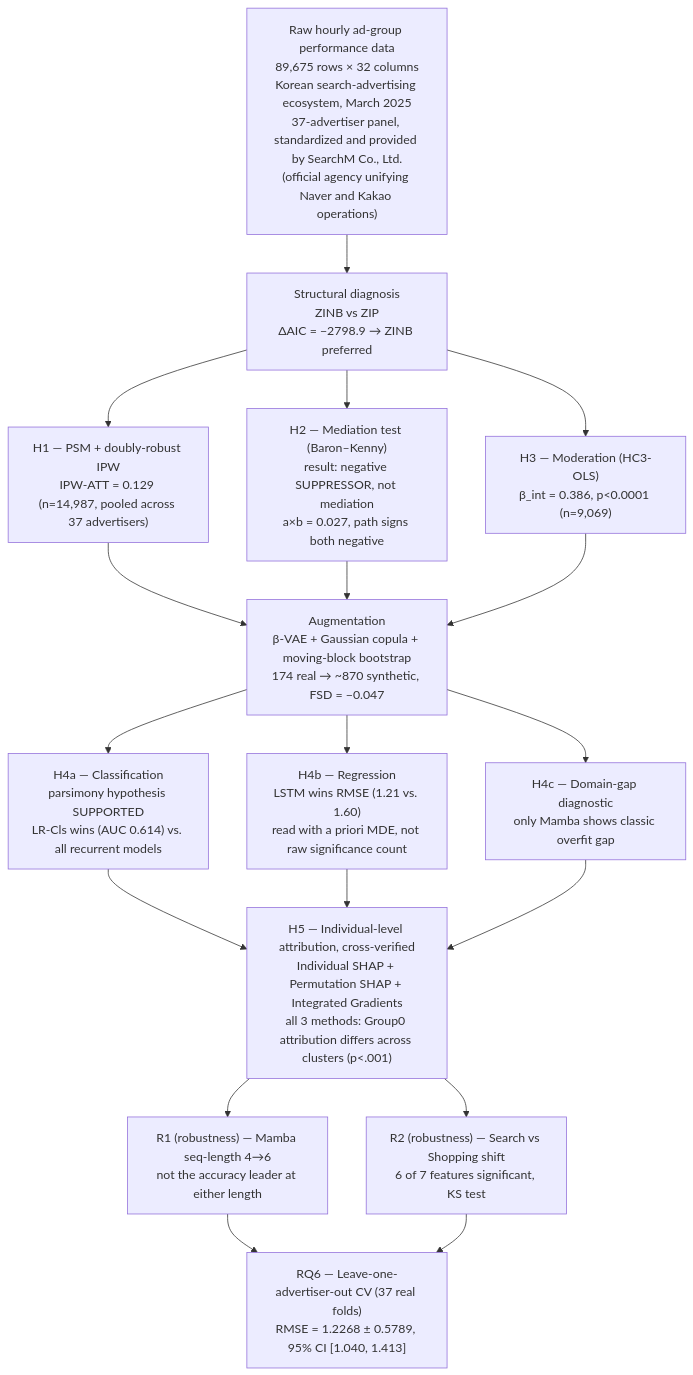
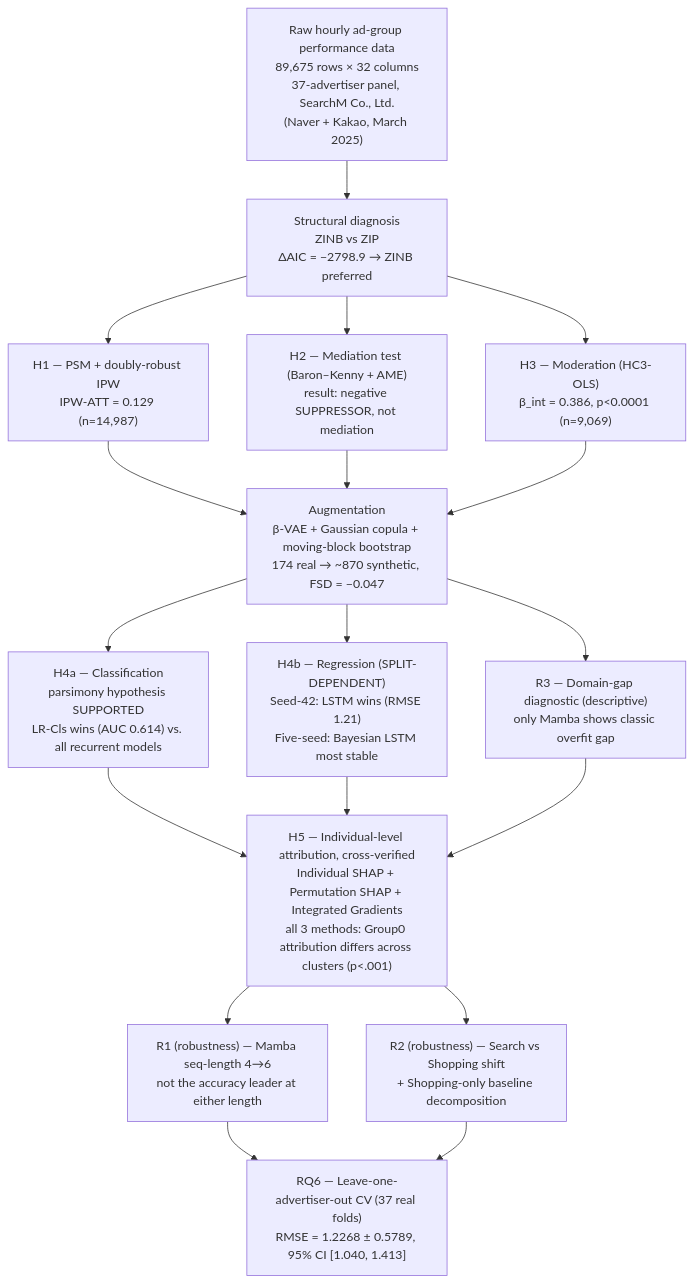
One commit to LEEYJ1021/sadaf changed the diagram in README.md. Above: the diagram before and after it, drawn with Mermaid. The commit also changed other lines of this file, not shown here.

````diff
--- a/README.md
+++ b/README.md
@@ -130,20 +227,20 @@
 ```mermaid
 flowchart TD
-    A["Raw hourly ad-group performance data\n89,675 rows × 32 columns\nKorean search-advertising ecosystem, March 2025\n37-advertiser panel, standardized and provided by SearchM Co., Ltd.\n(official agency unifying Naver and Kakao operations)"] --> B["Structural diagnosis\nZINB vs ZIP\nΔAIC = −2798.9 → ZINB preferred"]
-    B --> C1["H1 — PSM + doubly-robust IPW\nIPW-ATT = 0.129 (n=14,987, pooled across 37 advertisers)"]
-    B --> C2["H2 — Mediation test (Baron–Kenny)\nresult: negative SUPPRESSOR, not mediation\na×b = 0.027, path signs both negative"]
+    A["Raw hourly ad-group performance data\n89,675 rows × 32 columns\n37-advertiser panel, SearchM Co., Ltd.\n(Naver + Kakao, March 2025)"] --> B["Structural diagnosis\nZINB vs ZIP\nΔAIC = −2798.9 → ZINB preferred"]
+    B --> C1["H1 — PSM + doubly-robust IPW\nIPW-ATT = 0.129 (n=14,987)"]
+    B --> C2["H2 — Mediation test (Baron–Kenny + AME)\nresult: negative SUPPRESSOR, not mediation"]
     B --> C3["H3 — Moderation (HC3-OLS)\nβ_int = 0.386, p<0.0001 (n=9,069)"]
     C1 --> D["Augmentation\nβ-VAE + Gaussian copula + moving-block bootstrap\n174 real → ~870 synthetic, FSD = −0.047"]
     C2 --> D
     C3 --> D
     D --> E1["H4a — Classification\nparsimony hypothesis SUPPORTED\nLR-Cls wins (AUC 0.614) vs. all recurrent models"]
-    D --> E2["H4b — Regression\nLSTM wins RMSE (1.21 vs. 1.60)\nread with a priori MDE, not raw significance count"]
-    D --> E3["H4c — Domain-gap diagnostic\nonly Mamba shows classic overfit gap"]
+    D --> E2["H4b — Regression (SPLIT-DEPENDENT)\nSeed-42: LSTM wins (RMSE 1.21)\nFive-seed: Bayesian LSTM most stable"]
+    D --> E3["R3 — Domain-gap diagnostic (descriptive)\nonly Mamba shows classic overfit gap"]
     E1 --> F["H5 — Individual-level attribution, cross-verified\nIndividual SHAP + Permutation SHAP + Integrated Gradients\nall 3 methods: Group0 attribution differs across clusters (p<.001)"]
     E2 --> F
     E3 --> F
     F --> R1["R1 (robustness) — Mamba seq-length 4→6\nnot the accuracy leader at either length"]
-    F --> R2["R2 (robustness) — Search vs Shopping shift\n6 of 7 features significant, KS test"]
+    F --> R2["R2 (robustness) — Search vs Shopping shift\n+ Shopping-only baseline decomposition"]
     R1 --> H["RQ6 — Leave-one-advertiser-out CV (37 real folds)\nRMSE = 1.2268 ± 0.5789, 95% CI [1.040, 1.413]"]
     R2 --> H
 ```
````
